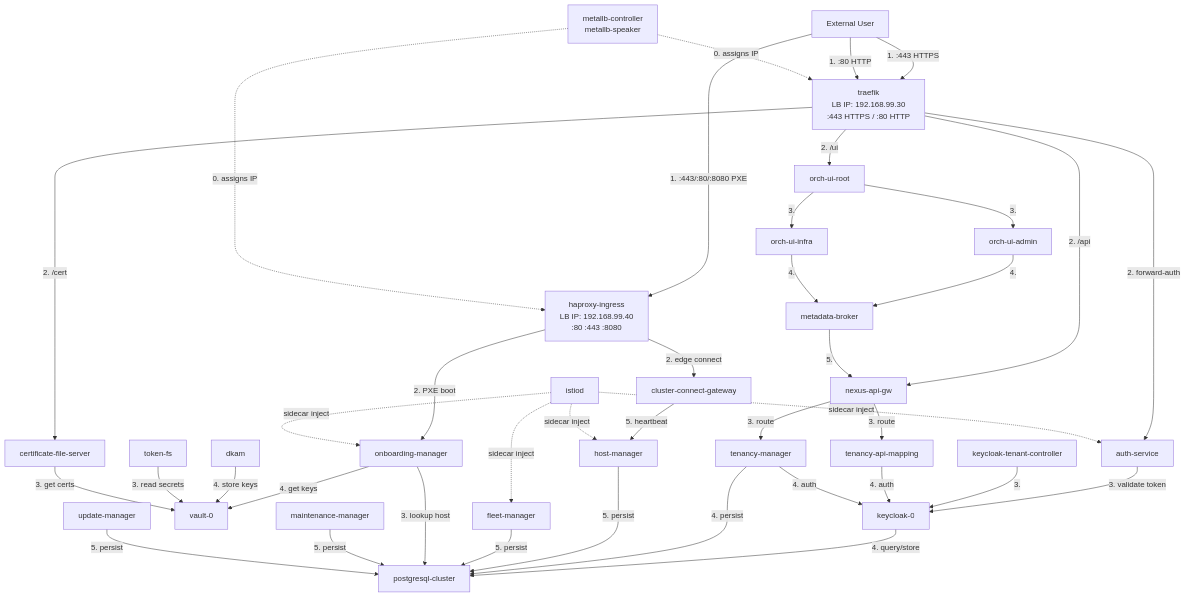
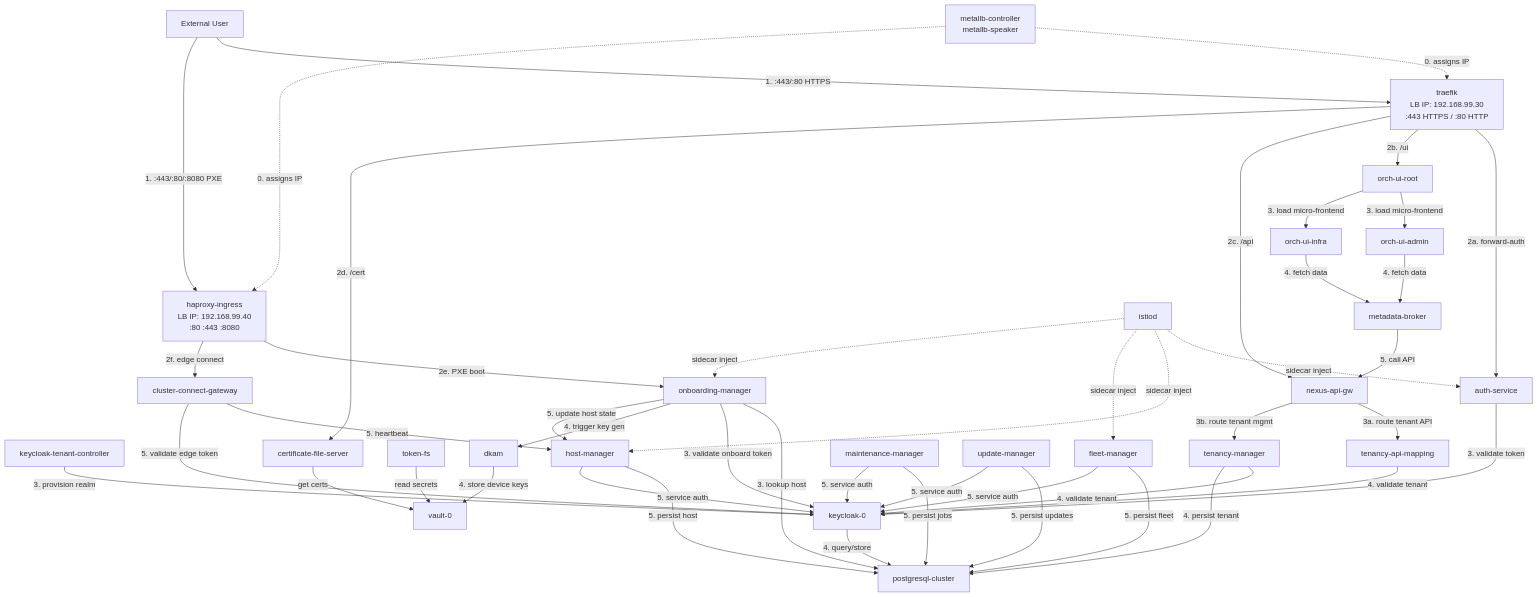
One commit to open-edge-platform/edge-manageability-framework changed the diagram in pre-orch/diagram.md. Above: the diagram before and after it, drawn with Mermaid.

```diff
--- a/pre-orch/diagram.md
+++ b/pre-orch/diagram.md
@@ -50,55 +50,65 @@
     %% Service Mesh
     ISTIOD["istiod"]
 
-    %% ─── External Access Flow (numbered) ────────────────────────
-    USER -->|"1. :443 HTTPS"| TRAEFIK
-    USER -->|"1. :80 HTTP"| TRAEFIK
-    USER -->|"1. :443/:80/:8080 PXE"| HAPROXY
+    %% ─── 0. MetalLB assigns IPs ────────────────────────────────
     METALLB -.->|"0. assigns IP"| TRAEFIK
     METALLB -.->|"0. assigns IP"| HAPROXY
 
-    %% ─── Traefik routes to services ────────────────────────────
-    TRAEFIK -->|"2. forward-auth"| AUTH
-    TRAEFIK -->|"2. /ui"| UI_ROOT
-    TRAEFIK -->|"2. /api"| NEXUS_GW
-    TRAEFIK -->|"2. /cert"| CERT_FS
+    %% ─── 1. External user entry points ─────────────────────────
+    USER -->|"1. :443/:80 HTTPS"| TRAEFIK
+    USER -->|"1. :443/:80/:8080 PXE"| HAPROXY
 
-    %% ─── HAProxy routes ────────────────────────────────────────
-    HAPROXY -->|"2. PXE boot"| ONB_MGR
-    HAPROXY -->|"2. edge connect"| CLUSTER_GW
+    %% ─── 2. Traefik routes to services ─────────────────────────
+    TRAEFIK -->|"2a. forward-auth"| AUTH
+    TRAEFIK -->|"2b. /ui"| UI_ROOT
+    TRAEFIK -->|"2c. /api"| NEXUS_GW
+    TRAEFIK -->|"2d. /cert"| CERT_FS
 
-    %% ─── Auth & Identity dependencies ──────────────────────────
+    %% ─── 2. HAProxy routes to edge services ────────────────────
+    HAPROXY -->|"2e. PXE boot"| ONB_MGR
+    HAPROXY -->|"2f. edge connect"| CLUSTER_GW
+
+    %% ─── 3. Auth & Identity ────────────────────────────────────
     AUTH -->|"3. validate token"| KEYCLOAK
-    KC_TENANT -->|"3."| KEYCLOAK
+    KC_TENANT -->|"3. provision realm"| KEYCLOAK
     KEYCLOAK -->|"4. query/store"| PG
 
-    %% ─── API Gateway flow ──────────────────────────────────────
-    NEXUS_GW -->|"3. route"| TEN_API
-    NEXUS_GW -->|"3. route"| TEN_MGR
-    TEN_API -->|"4. auth"| KEYCLOAK
-    TEN_MGR -->|"4. auth"| KEYCLOAK
-    TEN_MGR -->|"4. persist"| PG
+    %% ─── 3. API Gateway routes ─────────────────────────────────
+    NEXUS_GW -->|"3a. route tenant API"| TEN_API
+    NEXUS_GW -->|"3b. route tenant mgmt"| TEN_MGR
+    TEN_API -->|"4. validate tenant"| KEYCLOAK
+    TEN_MGR -->|"4. validate tenant"| KEYCLOAK
+    TEN_MGR -->|"4. persist tenant"| PG
 
-    %% ─── Infra pod-to-pod ──────────────────────────────────────
-    HOST_MGR -->|"5. persist"| PG
-    FLEET_MGR -->|"5. persist"| PG
+    %% ─── 3-5. Onboarding path ──────────────────────────────────
     ONB_MGR -->|"3. lookup host"| PG
-    ONB_MGR -->|"4. get keys"| VAULT
-    DKAM -->|"4. store keys"| VAULT
-    MAINT_MGR -->|"5. persist"| PG
-    UPDATE_MGR -->|"5. persist"| PG
+    ONB_MGR -->|"3. validate onboard token"| KEYCLOAK
+    ONB_MGR -->|"4. trigger key gen"| DKAM
+    DKAM -->|"4. store device keys"| VAULT
+    ONB_MGR -->|"5. update host state"| HOST_MGR
+
+    %% ─── 5. Infra services ─────────────────────────────────────
+    HOST_MGR -->|"5. persist host"| PG
+    HOST_MGR -->|"5. service auth"| KEYCLOAK
+    FLEET_MGR -->|"5. persist fleet"| PG
+    FLEET_MGR -->|"5. service auth"| KEYCLOAK
+    MAINT_MGR -->|"5. persist jobs"| PG
+    MAINT_MGR -->|"5. service auth"| KEYCLOAK
+    UPDATE_MGR -->|"5. persist updates"| PG
+    UPDATE_MGR -->|"5. service auth"| KEYCLOAK
     CLUSTER_GW -->|"5. heartbeat"| HOST_MGR
+    CLUSTER_GW -->|"5. validate edge token"| KEYCLOAK
 
-    %% ─── UI dependencies ───────────────────────────────────────
-    UI_ROOT -->|"3."| UI_ADMIN
-    UI_ROOT -->|"3."| UI_INFRA
-    UI_ADMIN -->|"4."| META_BROKER
-    UI_INFRA -->|"4."| META_BROKER
-    META_BROKER -->|"5."| NEXUS_GW
+    %% ─── 3-5. UI path ──────────────────────────────────────────
+    UI_ROOT -->|"3. load micro-frontend"| UI_ADMIN
+    UI_ROOT -->|"3. load micro-frontend"| UI_INFRA
+    UI_ADMIN -->|"4. fetch data"| META_BROKER
+    UI_INFRA -->|"4. fetch data"| META_BROKER
+    META_BROKER -->|"5. call API"| NEXUS_GW
 
     %% ─── Secrets / Token flow ──────────────────────────────────
-    TOKEN_FS -->|"3. read secrets"| VAULT
-    CERT_FS -->|"3. get certs"| VAULT
+    TOKEN_FS -->|"read secrets"| VAULT
+    CERT_FS -->|"get certs"| VAULT
 
     %% ─── Service Mesh sidecar injection ────────────────────────
     ISTIOD -.->|"sidecar inject"| AUTH
```
